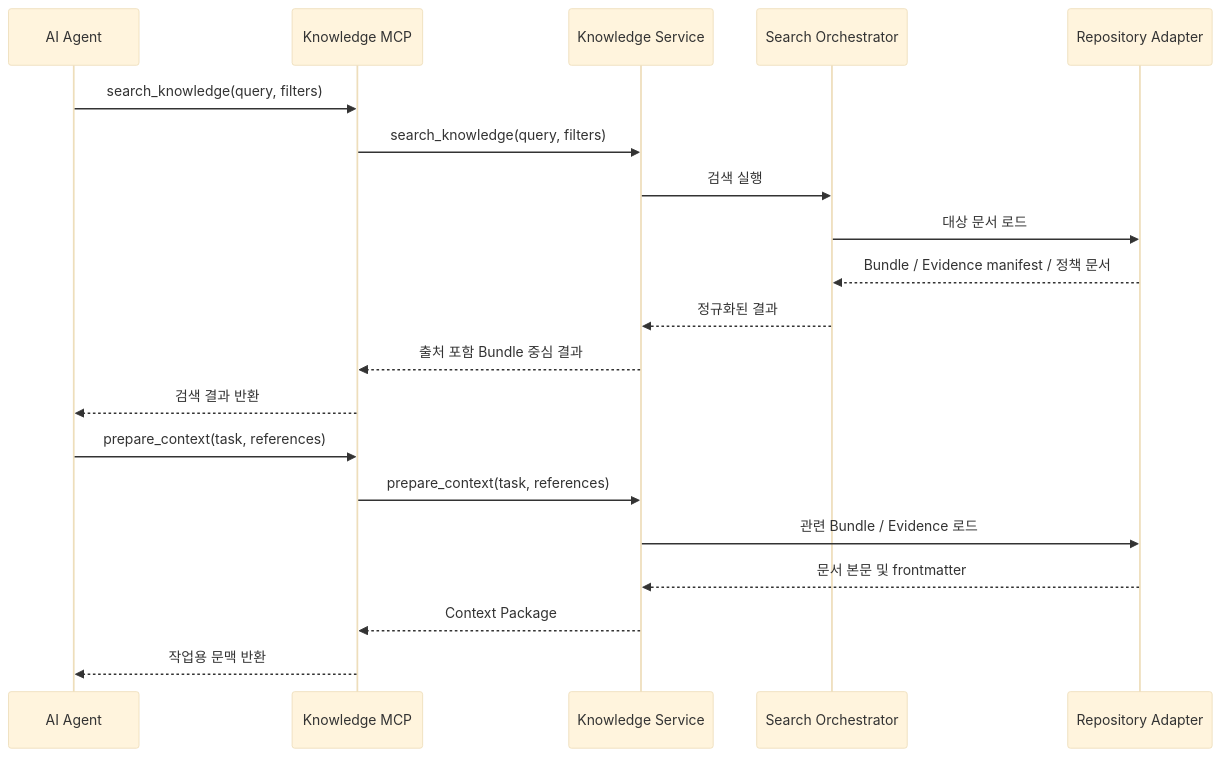
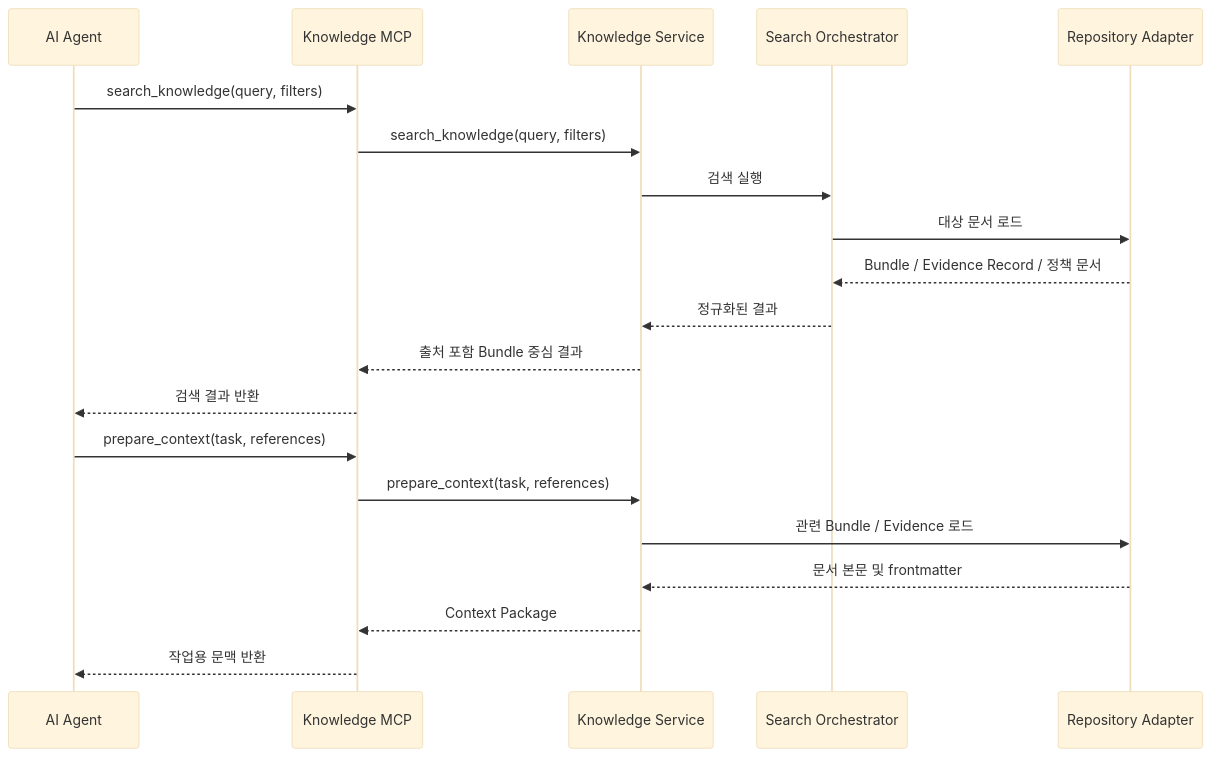
One commit to udgrounder/circled-wiki changed the fifth of 7 diagrams in docs/14-use-cases-and-flow-diagrams.md. Above: the diagram before and after it, drawn with Mermaid (base theme). The commit also changed other lines of this file and 46 other files, not shown here.

````diff
--- a/docs/14-use-cases-and-flow-diagrams.md
+++ b/docs/14-use-cases-and-flow-diagrams.md
@@ -123,24 +123,24 @@
 ```mermaid
 sequenceDiagram
     participant Agent as AI Agent
     participant MCP as Knowledge MCP
     participant Service as Knowledge Service
     participant Search as Search Orchestrator
     participant Repo as Repository Adapter
 
     Agent->>MCP: search_knowledge(query, filters)
     MCP->>Service: search_knowledge(query, filters)
     Service->>Search: 검색 실행
     Search->>Repo: 대상 문서 로드
-    Repo-->>Search: Bundle / Evidence manifest / 정책 문서
+    Repo-->>Search: Bundle / Evidence Record / 정책 문서
     Search-->>Service: 정규화된 결과
     Service-->>MCP: 출처 포함 Bundle 중심 결과
     MCP-->>Agent: 검색 결과 반환
 
     Agent->>MCP: prepare_context(task, references)
     MCP->>Service: prepare_context(task, references)
     Service->>Repo: 관련 Bundle / Evidence 로드
     Repo-->>Service: 문서 본문 및 frontmatter
     Service-->>MCP: Context Package
     MCP-->>Agent: 작업용 문맥 반환
 ```
````
